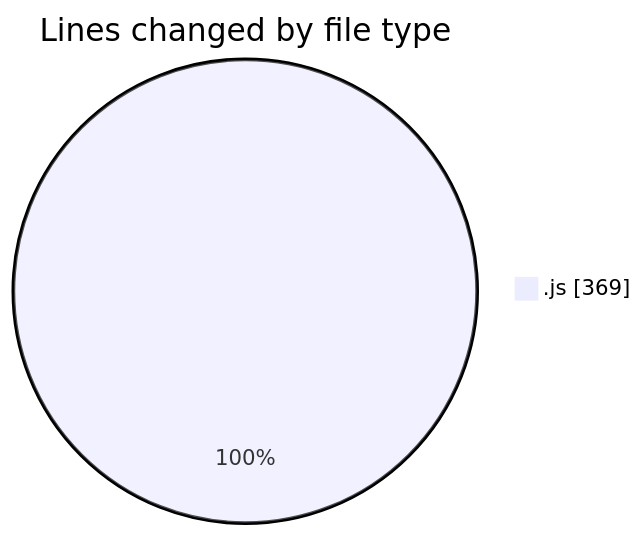
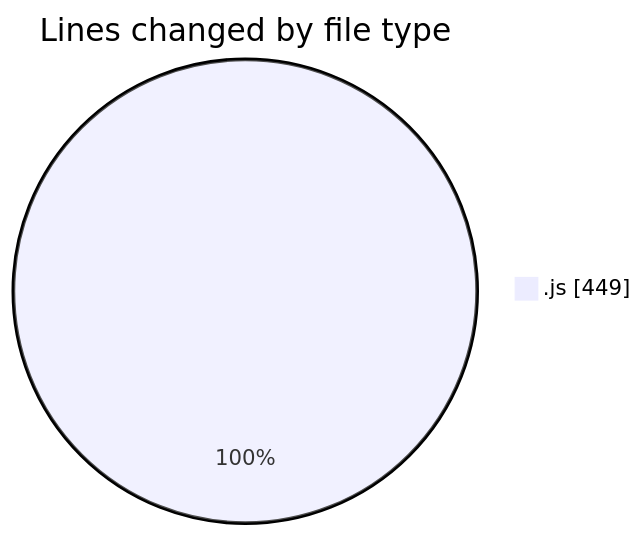
The first of 2 diagrams in 2025-11-04/nxtqube_webapp/README.md (nxtqubesakshisongat/code-tracking), drawn with Mermaid before and after one commit. The commit also changed other lines of this file and 1 other file, not shown here.

````diff
--- a/2025-11-04/nxtqube_webapp/README.md
+++ b/2025-11-04/nxtqube_webapp/README.md
@@ -20,5 +21,5 @@
 ```mermaid
 pie showData
 title Lines changed by file type
-".js" : 369
+".js" : 449
 ```
````
